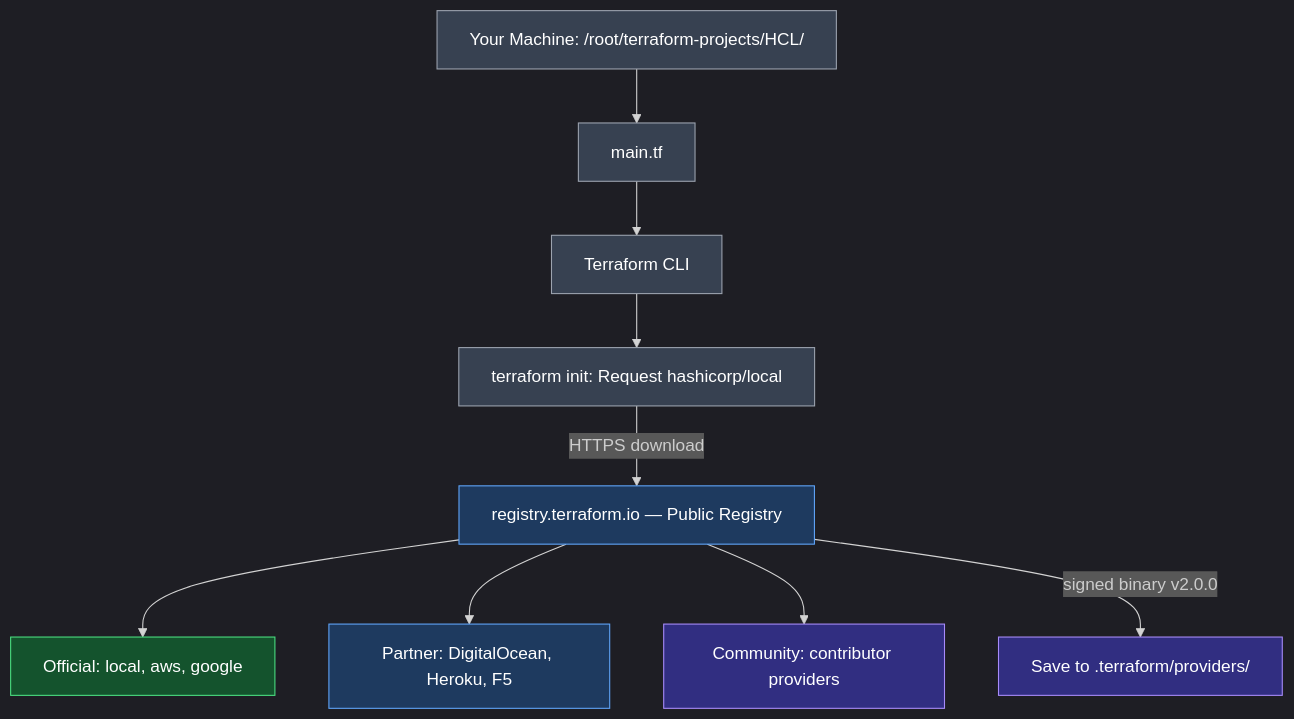
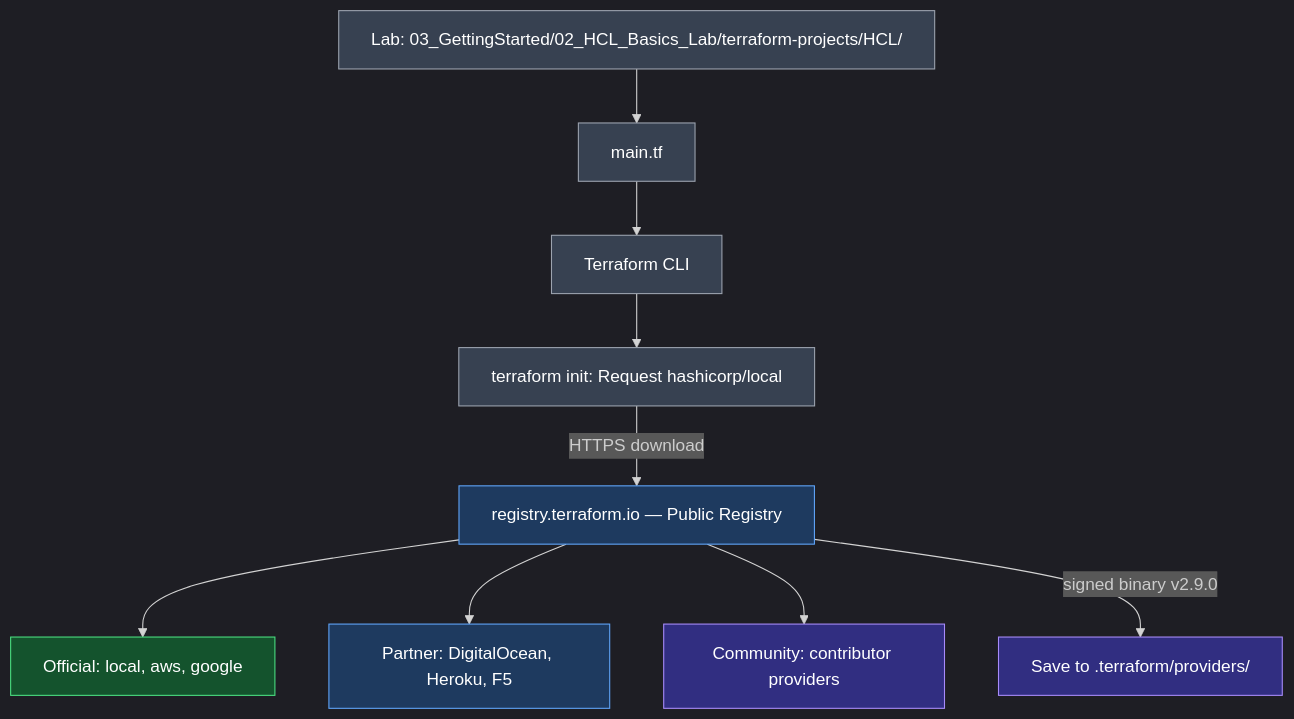
The fourth of 9 diagrams in 04_Core_Terraform_Basics/01_Terraform_Provider.md (nirajp82/Terraform_Basics), drawn with Mermaid before and after one commit. The commit also changed other lines of this file, not shown here.

Commit message:
Update Diagram

````diff
--- a/04_Core_Terraform_Basics/01_Terraform_Provider.md
+++ b/04_Core_Terraform_Basics/01_Terraform_Provider.md
@@ -122,22 +122,22 @@
 ```mermaid
 %%{init: {'theme': 'dark', 'flowchart': {'htmlLabels': true}}}%%
 flowchart TB
-    MACH["<div style='white-space:nowrap'>Your Machine: /root/terraform-projects/HCL/</div>"] --> TF["main.tf"]
+    MACH["<div style='white-space:nowrap'>Lab: 03_GettingStarted/02_HCL_Basics_Lab/terraform-projects/HCL/</div>"] --> TF["main.tf"]
     TF --> CLI["Terraform CLI"]
     CLI --> REQ["<div style='white-space:nowrap'>terraform init: Request hashicorp/local</div>"]
     REQ -->|HTTPS download| REG["<div style='white-space:nowrap'>registry.terraform.io — Public Registry</div>"]
     REG --> OFF["Official: local, aws, google"]
     REG --> PART["Partner: DigitalOcean, Heroku, F5"]
     REG --> COMM["Community: contributor providers"]
-    REG -->|signed binary v2.0.0| SAVE["<div style='white-space:nowrap'>Save to .terraform/providers/</div>"]
+    REG -->|signed binary v2.9.0| SAVE["<div style='white-space:nowrap'>Save to .terraform/providers/</div>"]
 
     style MACH fill:#374151,stroke:#9ca3af,color:#ffffff
     style TF fill:#374151,stroke:#9ca3af,color:#ffffff
     style CLI fill:#374151,stroke:#9ca3af,color:#ffffff
     style REQ fill:#374151,stroke:#9ca3af,color:#ffffff
     style REG fill:#1e3a5f,stroke:#60a5fa,color:#ffffff
     style OFF fill:#14532d,stroke:#4ade80,color:#ffffff
     style PART fill:#1e3a5f,stroke:#60a5fa,color:#ffffff
     style COMM fill:#312e81,stroke:#a78bfa,color:#ffffff
     style SAVE fill:#312e81,stroke:#a78bfa,color:#ffffff
 ```
````
